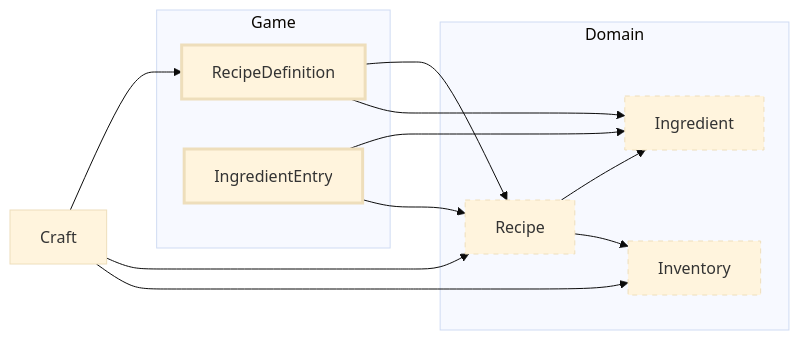
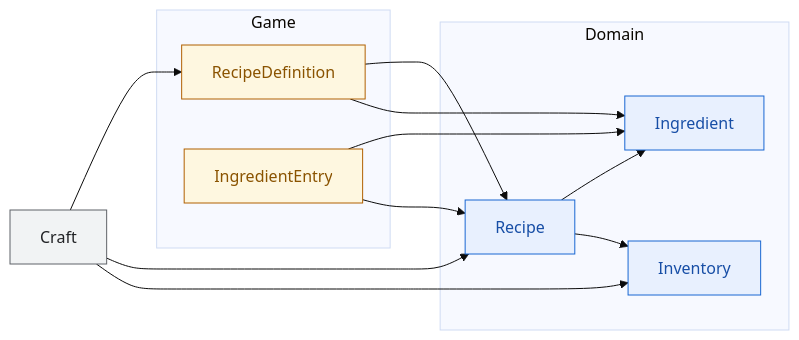
One commit to hukahirame/memorial-frontland changed the diagram in docs/dependencies-diagrams/craft.md. Above: the diagram before and after it, drawn with Mermaid (base theme). The commit also changed other lines of this file and 14 other files, not shown here.

First line of the commit message:
feat: 構造の差分をクラス図で見る仕組みと、その手順を skill に切り出す

````diff
--- a/docs/dependencies-diagrams/craft.md
+++ b/docs/dependencies-diagrams/craft.md
@@ -10,26 +10,28 @@
 ```mermaid
 graph LR
   subgraph Domain
     Recipe
     Ingredient
     Inventory
   end
   subgraph Game
     RecipeDefinition
     IngredientEntry
   end
   Craft
   Craft --> RecipeDefinition
   Craft --> Recipe
   Craft --> Inventory
   RecipeDefinition --> Recipe
   RecipeDefinition --> Ingredient
   IngredientEntry --> Ingredient
   IngredientEntry --> Recipe
   Recipe --> Ingredient
   Recipe --> Inventory
-  classDef domain stroke-dasharray:5;
-  classDef game stroke-width:3px;
+  classDef domain fill:#e8f0fe,stroke:#1967d2,color:#174ea6;
+  classDef game   fill:#fef7e0,stroke:#b06000,color:#8a5300;
+  classDef legacy fill:#f1f3f4,stroke:#5f6368,color:#202124;
   class Recipe,Ingredient,Inventory domain;
   class RecipeDefinition,IngredientEntry game;
+  class Craft legacy;
 ```
````
